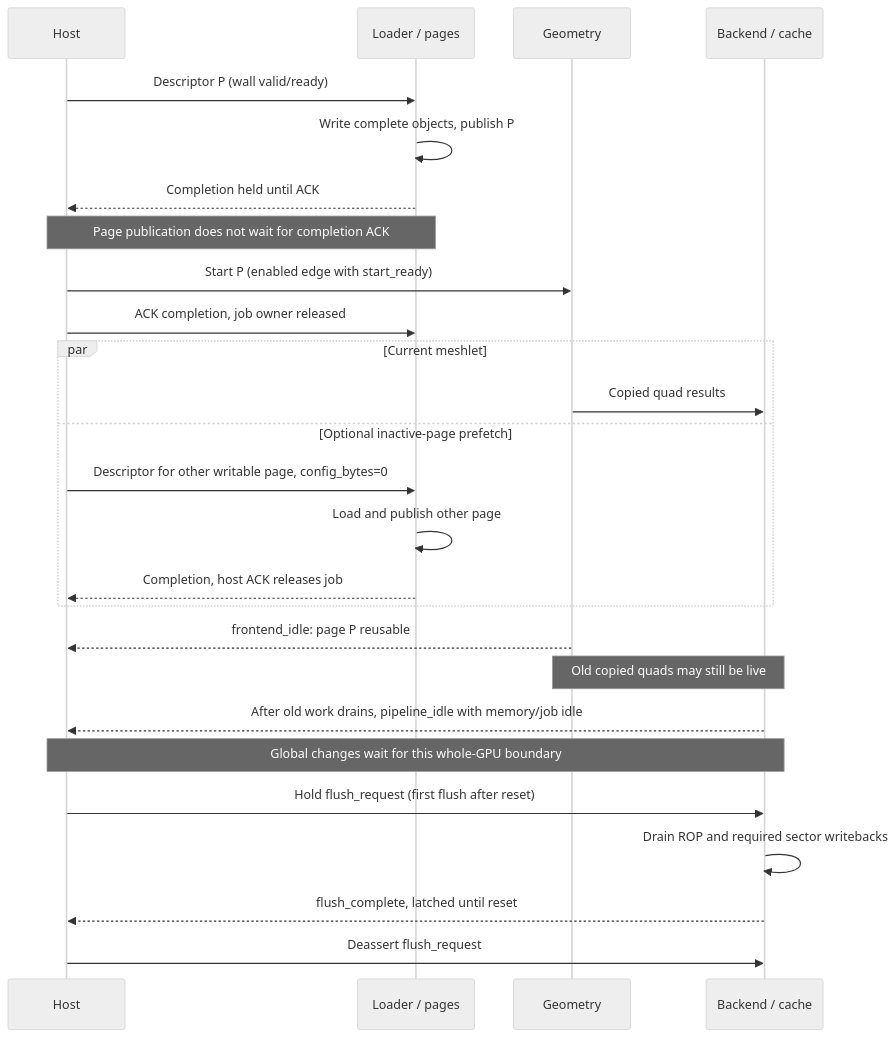
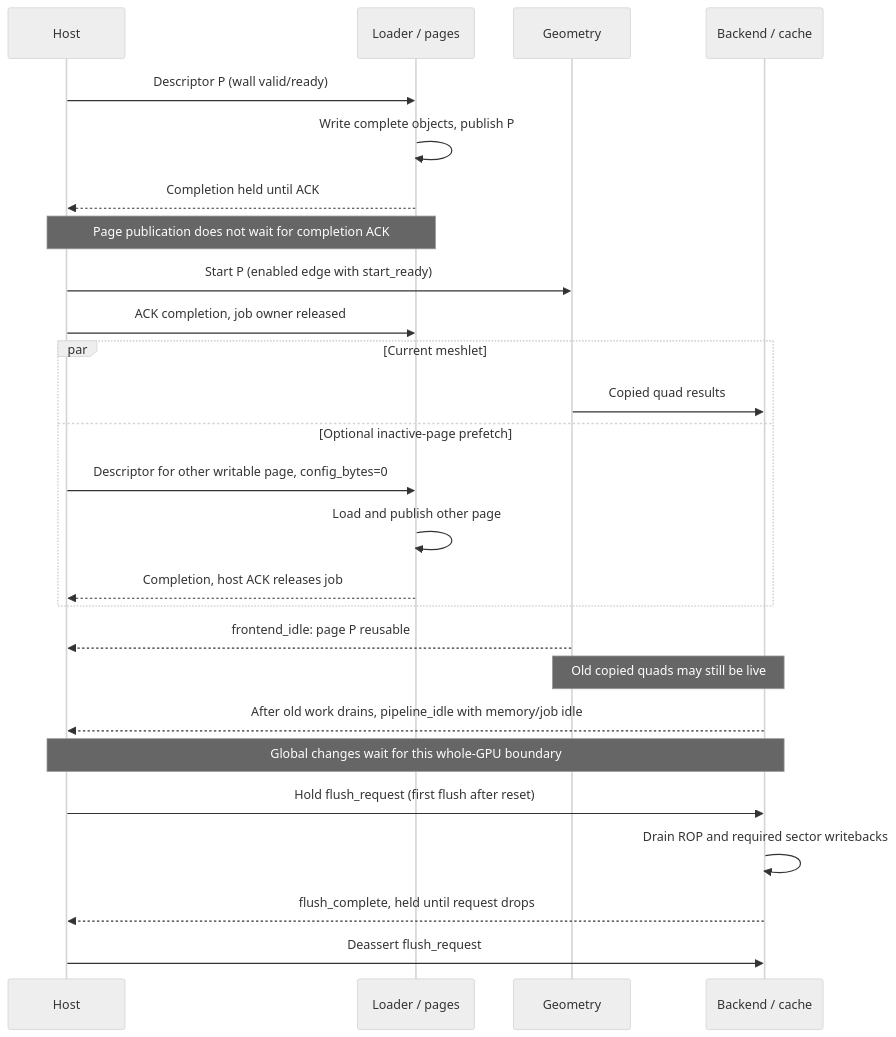
Before and after one commit to misdake/DigitalDesign: the diagram in ip/gpu-v2/docs/submission.md, drawn with Mermaid (neutral theme). The commit also changed other lines of this file and 4 other files, not shown here.

````diff
--- a/ip/gpu-v2/docs/submission.md
+++ b/ip/gpu-v2/docs/submission.md
@@ -149,28 +147,28 @@
 ```mermaid
 sequenceDiagram
     participant H as Host
     participant L as Loader / pages
     participant G as Geometry
     participant B as Backend / cache
     H->>L: Descriptor P (wall valid/ready)
     L->>L: Write complete objects, publish P
     L-->>H: Completion held until ACK
     Note over H,L: Page publication does not wait for completion ACK
     H->>G: Start P (enabled edge with start_ready)
     H->>L: ACK completion, job owner released
     par Current meshlet
         G->>B: Copied quad results
     and Optional inactive-page prefetch
         H->>L: Descriptor for other writable page, config_bytes=0
         L->>L: Load and publish other page
         L-->>H: Completion, host ACK releases job
     end
     G-->>H: frontend_idle: page P reusable
     Note over G,B: Old copied quads may still be live
     B-->>H: After old work drains, pipeline_idle with memory/job idle
     Note over H,B: Global changes wait for this whole-GPU boundary
     H->>B: Hold flush_request (first flush after reset)
     B->>B: Drain ROP and required sector writebacks
-    B-->>H: flush_complete, latched until reset
+    B-->>H: flush_complete, held until request drops
     H->>B: Deassert flush_request
 ```
````
